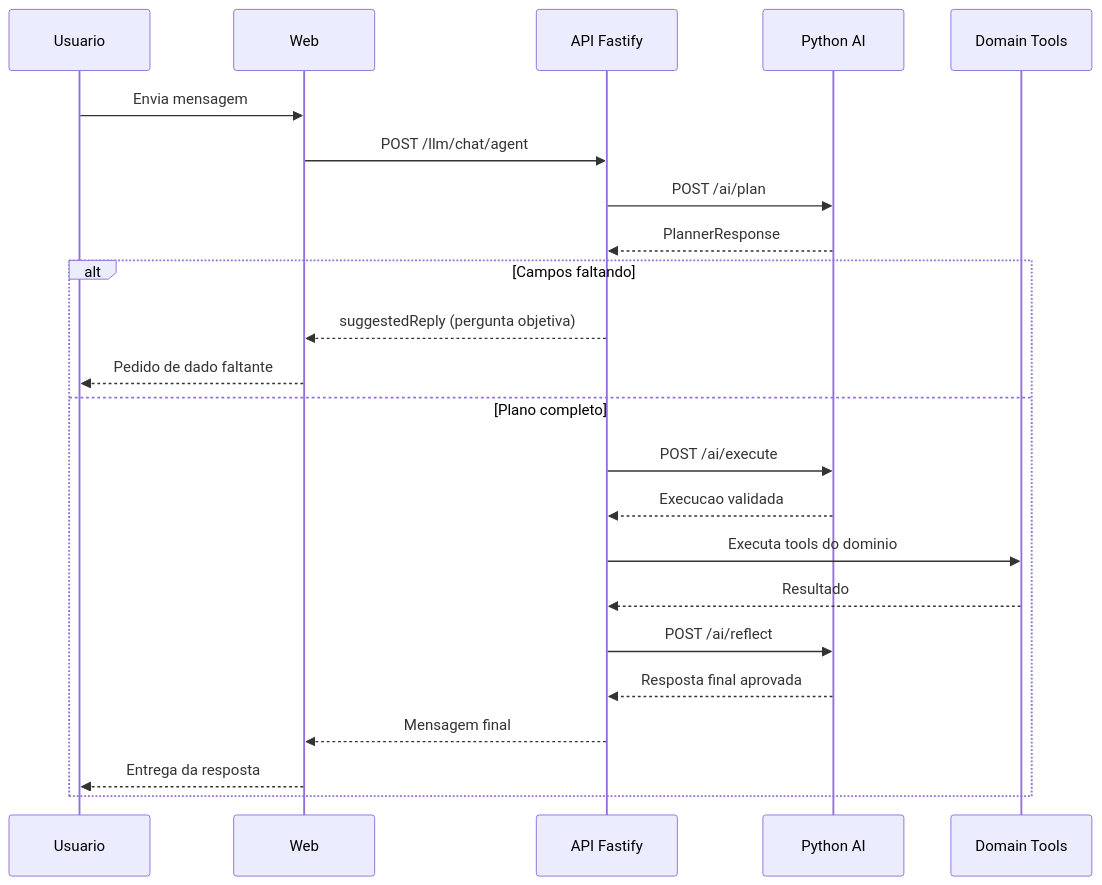
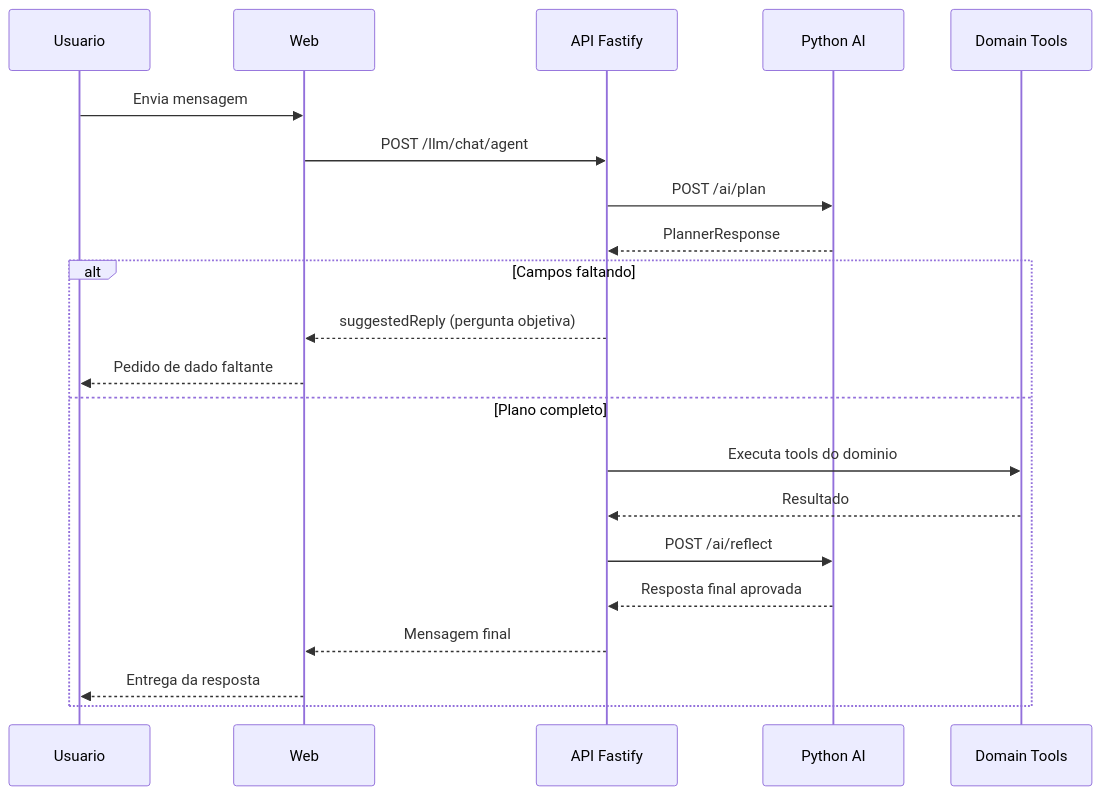
One commit to rodrigolcschulz/schedule-ai changed the third of 3 diagrams in README.md. Above: the diagram before and after it, drawn with Mermaid. The commit also changed other lines of this file and 3 other files, not shown here.

Commit message:
feat(planner): enhance booking flow with availability checks and internal FSM updates

````diff
--- a/README.md
+++ b/README.md
@@ -224,27 +239,25 @@
 ```mermaid
 sequenceDiagram
     participant U as Usuario
     participant W as Web
     participant A as API Fastify
     participant P as Python AI
     participant D as Domain Tools
 
     U->>W: Envia mensagem
     W->>A: POST /llm/chat/agent
     A->>P: POST /ai/plan
     P-->>A: PlannerResponse
 
     alt Campos faltando
         A-->>W: suggestedReply (pergunta objetiva)
         W-->>U: Pedido de dado faltante
     else Plano completo
-        A->>P: POST /ai/execute
-        P-->>A: Execucao validada
         A->>D: Executa tools do dominio
         D-->>A: Resultado
         A->>P: POST /ai/reflect
         P-->>A: Resposta final aprovada
         A-->>W: Mensagem final
         W-->>U: Entrega da resposta
     end
 ```
````
